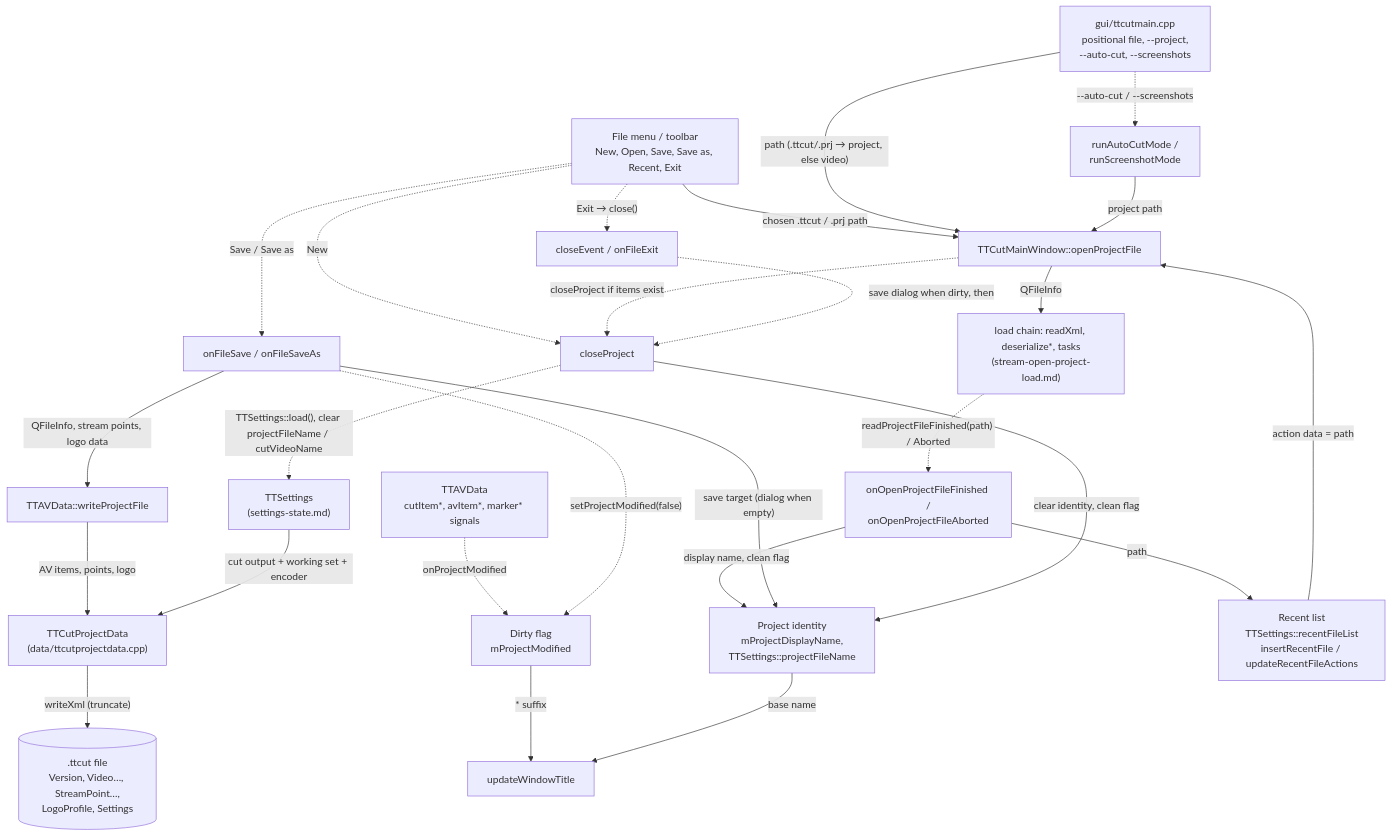
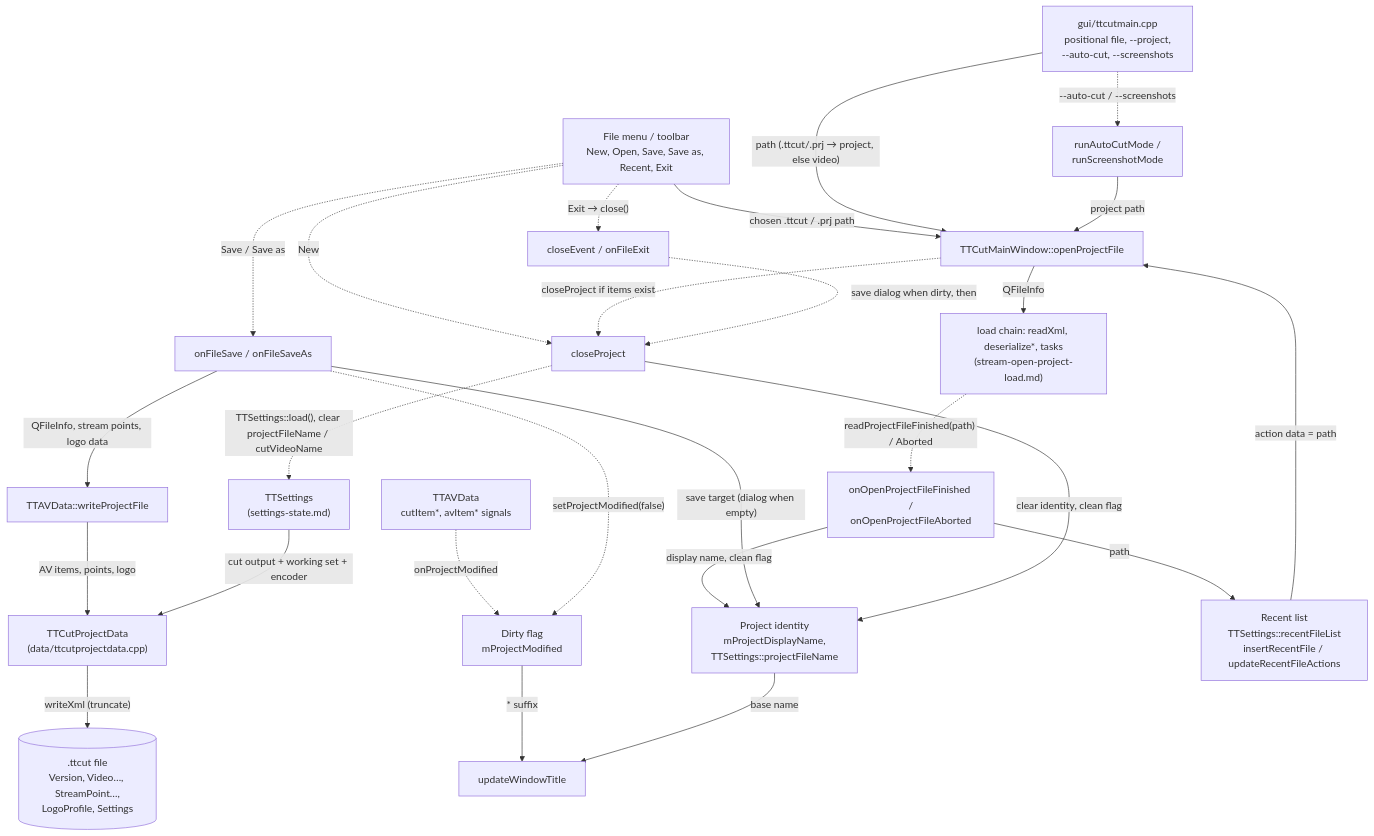
Before and after one commit to MINIXJR/TTCut-ng: the diagram in docs/code-map/project-lifecycle.md, drawn with Mermaid. The commit also changed other lines of this file and 28 other files, not shown here.

````diff
--- a/docs/code-map/project-lifecycle.md
+++ b/docs/code-map/project-lifecycle.md
@@ -37,47 +36,47 @@
 ```mermaid
 flowchart TD
     MENU["File menu / toolbar<br/>New, Open, Save, Save as, Recent, Exit"]
     CLI["gui/ttcutmain.cpp<br/>positional file, --project,<br/>--auto-cut, --screenshots"]
     HEADLESS["runAutoCutMode /<br/>runScreenshotMode"]
     OPEN["TTCutMainWindow::openProjectFile"]
     LOAD["load chain: readXml, deserialize*, tasks<br/>(stream-open-project-load.md)"]
     FIN["onOpenProjectFileFinished /<br/>onOpenProjectFileAborted"]
     IDENT["Project identity<br/>mProjectDisplayName,<br/>TTSettings::projectFileName"]
     DIRTY["Dirty flag<br/>mProjectModified"]
-    SIGS["TTAVData<br/>cutItem*, avItem*, marker* signals"]
+    SIGS["TTAVData<br/>cutItem*, avItem* signals"]
     TITLE["updateWindowTitle"]
     SAVE["onFileSave / onFileSaveAs"]
     WRITE["TTAVData::writeProjectFile"]
     PRJ["TTCutProjectData<br/>(data/ttcutprojectdata.cpp)"]
     FILE[(".ttcut file<br/>Version, Video…, StreamPoint…,<br/>LogoProfile, Settings")]
     RECENT["Recent list<br/>TTSettings::recentFileList<br/>insertRecentFile / updateRecentFileActions"]
     CLOSE["closeProject"]
     EXIT["closeEvent / onFileExit"]
     SETTINGS["TTSettings<br/>(settings-state.md)"]
 
     MENU -. "New" .-> CLOSE
     MENU -- "chosen .ttcut / .prj path" --> OPEN
     RECENT -- "action data = path" --> OPEN
     CLI -- "path (.ttcut/.prj → project, else video)" --> OPEN
     CLI -. "--auto-cut / --screenshots" .-> HEADLESS
     HEADLESS -- "project path" --> OPEN
     OPEN -. "closeProject if items exist" .-> CLOSE
     OPEN -- "QFileInfo" --> LOAD
     LOAD -. "readProjectFileFinished(path) / Aborted" .-> FIN
     FIN -- "display name, clean flag" --> IDENT
     FIN -- "path" --> RECENT
     SIGS -. "onProjectModified" .-> DIRTY
     DIRTY -- "* suffix" --> TITLE
     IDENT -- "base name" --> TITLE
     MENU -. "Save / Save as" .-> SAVE
     SAVE -- "save target (dialog when empty)" --> IDENT
     SAVE -- "QFileInfo, stream points, logo data" --> WRITE
     WRITE -- "AV items, points, logo" --> PRJ
     SETTINGS -- "cut output + working set + encoder" --> PRJ
     PRJ -- "writeXml (truncate)" --> FILE
     SAVE -. "setProjectModified(false)" .-> DIRTY
     MENU -. "Exit → close()" .-> EXIT
     EXIT -. "save dialog when dirty, then" .-> CLOSE
     CLOSE -- "clear identity, clean flag" --> IDENT
     CLOSE -. "TTSettings::load(), clear projectFileName / cutVideoName" .-> SETTINGS
 ```
````
